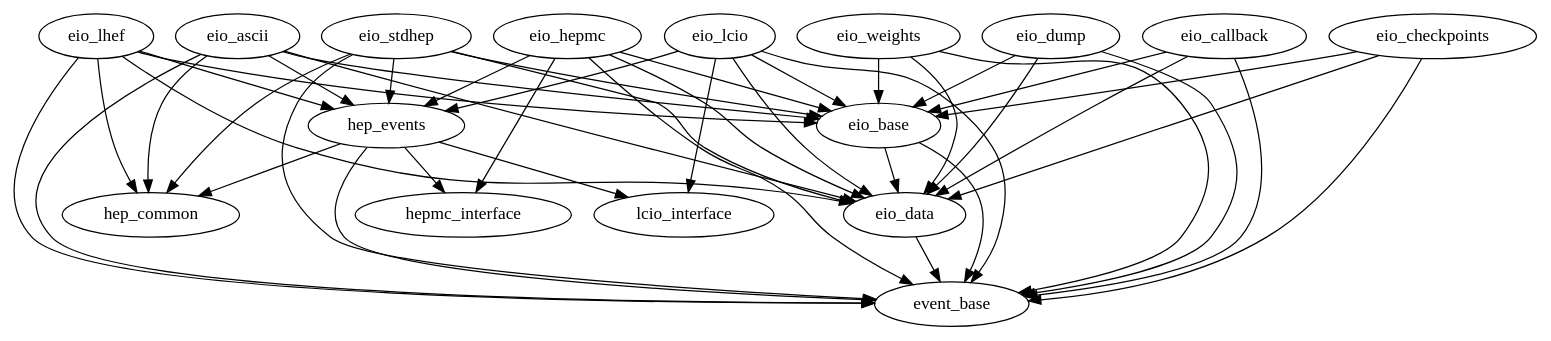
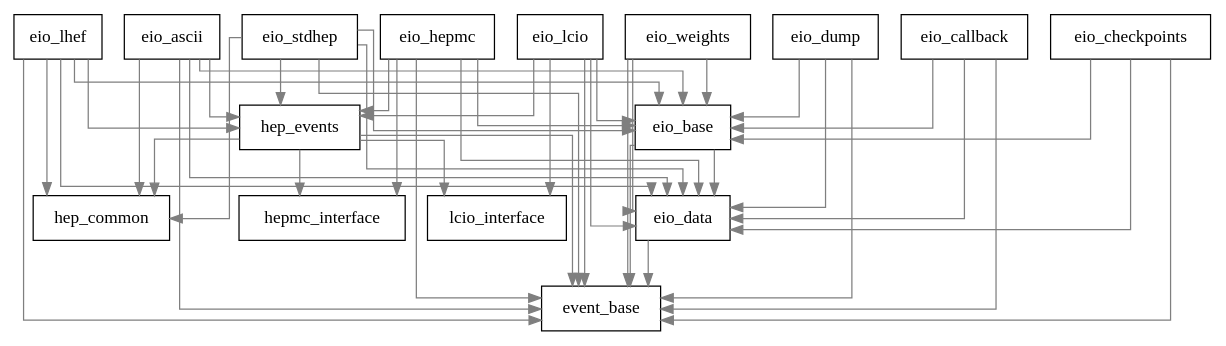
Before and after one commit to bendavid/whizard: the diagram in share/doc/events.dot, drawn with Graphviz. The commit also changed 606 other files, not shown here.

```diff
--- a/share/doc/events.dot
+++ b/share/doc/events.dot
@@ -1,47 +1,51 @@
 
 digraph G {
+concentrate=true
+splines=ortho
+node[shape=record,style=filled,fillcolor=white]
+edge[color=gray50]
 eio_ascii -> hep_common
 eio_callback -> eio_base
 eio_lhef -> event_base
 eio_callback -> event_base
 eio_lcio -> hep_events
 eio_ascii -> eio_base
 eio_weights -> event_base
 eio_lhef -> hep_common
 hep_events -> lcio_interface
 eio_data -> event_base
 eio_ascii -> eio_data
 eio_weights -> eio_base
 eio_dump -> eio_data
 eio_stdhep -> eio_data
 eio_hepmc -> eio_base
 hep_events -> hepmc_interface
 eio_checkpoints -> eio_base
 eio_ascii -> event_base
 eio_lhef -> eio_base
 eio_lhef -> hep_events
 hep_events -> event_base
 eio_lhef -> eio_data
 eio_dump -> eio_base
 eio_hepmc -> hep_events
 eio_lcio -> event_base
 eio_checkpoints -> eio_data
 eio_hepmc -> hepmc_interface
 eio_stdhep -> hep_events
 hep_events -> hep_common
 eio_checkpoints -> event_base
 eio_callback -> eio_data
 eio_lcio -> eio_base
 eio_hepmc -> event_base
 eio_ascii -> hep_events
 eio_base -> event_base
 eio_stdhep -> event_base
 eio_lcio -> eio_data
 eio_dump -> event_base
 eio_stdhep -> hep_common
 eio_stdhep -> eio_base
 eio_base -> eio_data
 eio_weights -> eio_data
 eio_hepmc -> eio_data
 eio_lcio -> lcio_interface
  }
```
